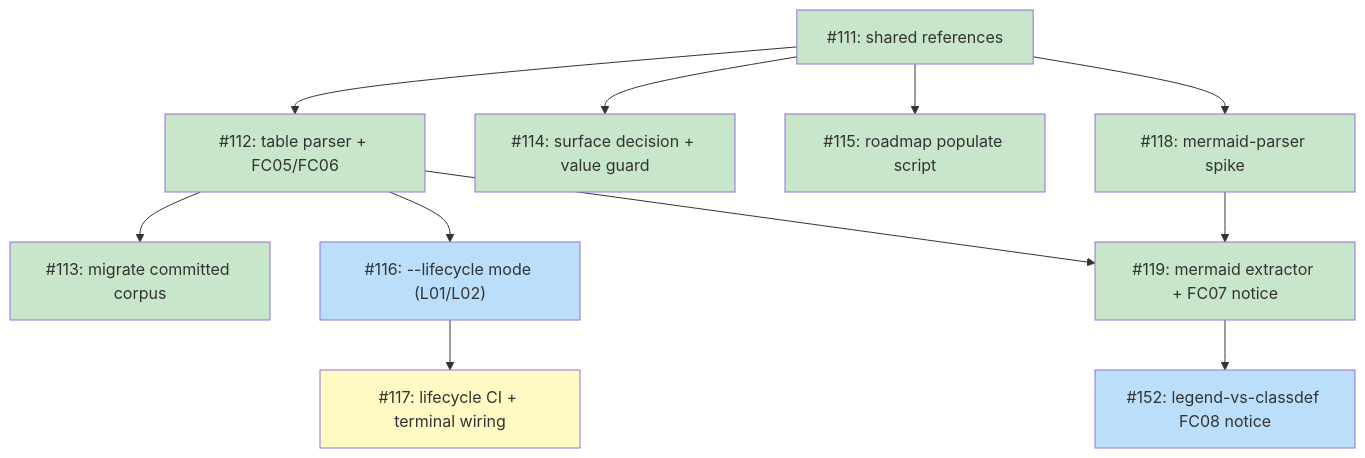
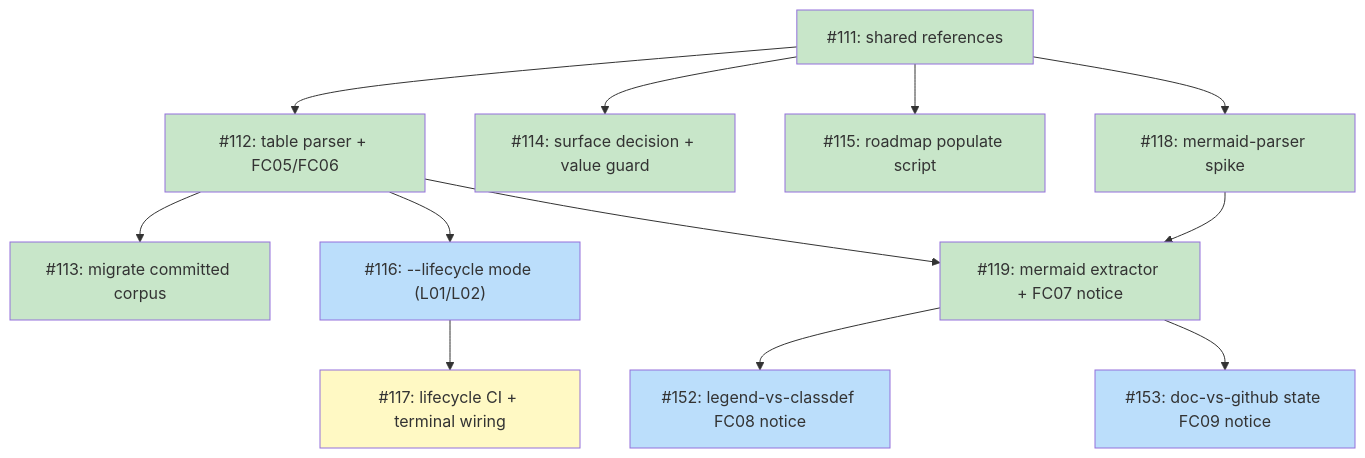
Before and after one commit to tsukumogami/shirabe: the diagram in docs/plans/PLAN-roadmap-plan-standardization.md, drawn with Mermaid. The commit also changed other lines of this file, not shown here.

Commit message:
docs(plan): add #153 fc09 doc-vs-github reconciliation follow-up to milestone tracking

````diff
--- a/docs/plans/PLAN-roadmap-plan-standardization.md
+++ b/docs/plans/PLAN-roadmap-plan-standardization.md
@@ -89,38 +91,40 @@
 ```mermaid
 graph TD
     I111["#111: shared references"]
     I112["#112: table parser + FC05/FC06"]
     I113["#113: migrate committed corpus"]
     I114["#114: surface decision + value guard"]
     I115["#115: roadmap populate script"]
     I116["#116: --lifecycle mode (L01/L02)"]
     I117["#117: lifecycle CI + terminal wiring"]
     I118["#118: mermaid-parser spike"]
     I119["#119: mermaid extractor + FC07 notice"]
     I152["#152: legend-vs-classdef FC08 notice"]
+    I153["#153: doc-vs-github state FC09 notice"]
 
     I111 --> I112
     I111 --> I114
     I111 --> I115
     I111 --> I118
     I112 --> I113
     I112 --> I116
     I112 --> I119
     I116 --> I117
     I118 --> I119
     I119 --> I152
+    I119 --> I153
 
     classDef done fill:#c8e6c9
     classDef ready fill:#bbdefb
     classDef blocked fill:#fff9c4
     classDef needsDesign fill:#e1bee7
     classDef needsPrd fill:#b3e5fc
     classDef needsSpike fill:#ffcdd2
     classDef needsDecision fill:#d1c4e9
     classDef tracksDesign fill:#FFE0B2,stroke:#F57C00,color:#000
     classDef tracksPlan fill:#FFE0B2,stroke:#F57C00,color:#000
 
     class I111,I112,I113,I114,I115,I118,I119 done
-    class I116,I152 ready
+    class I116,I152,I153 ready
     class I117 blocked
 ```
````
